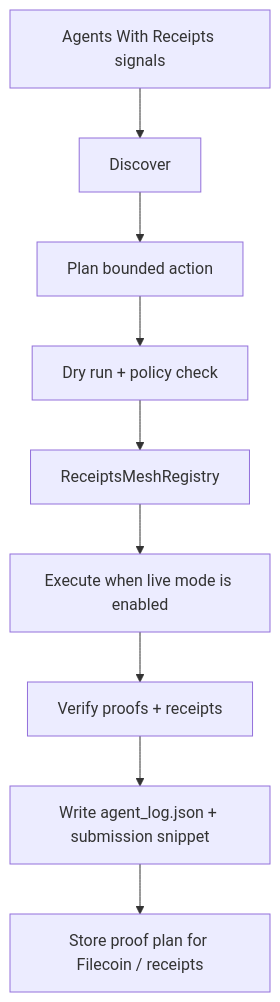
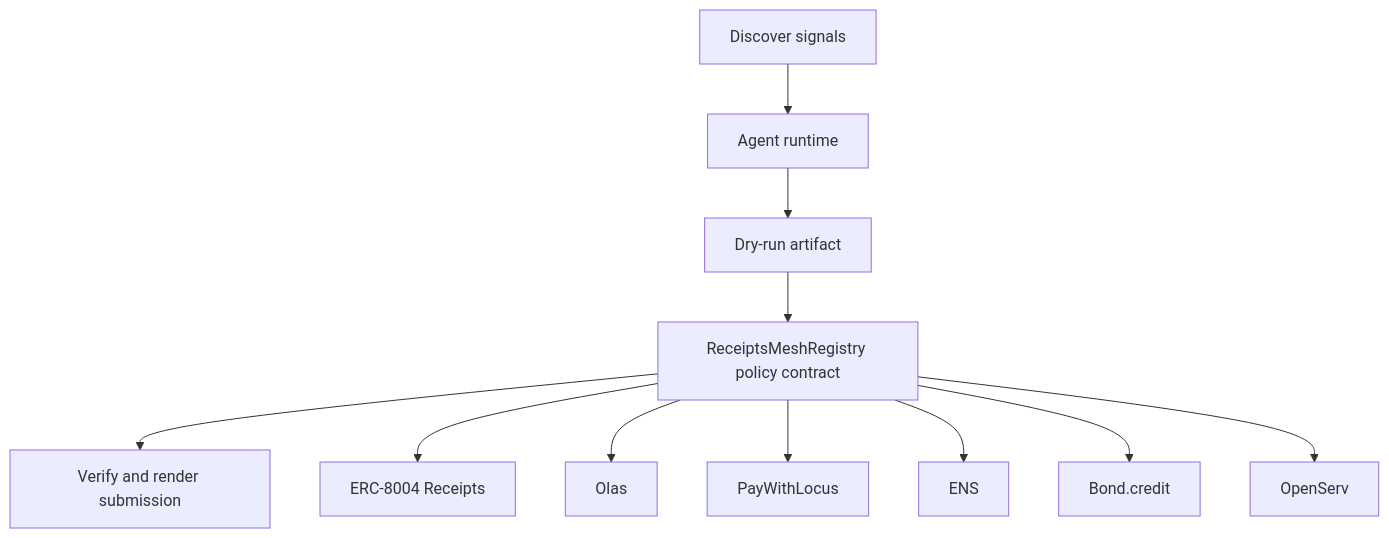
One commit to CrystallineButterfly/Synthesis-ERC8004-Receipts changed the diagram in docs/architecture.mmd. Above: the diagram before and after it, drawn with Mermaid. The commit also changed 998 other files, not shown here.

Commit message:
Implement bounded agent runtime

```diff
--- a/docs/architecture.mmd
+++ b/docs/architecture.mmd
@@ -1,9 +1,13 @@
 flowchart TD
-    Signals[Agents With Receipts signals] --> Discover[Discover]
-    Discover --> Plan[Plan bounded action]
-    Plan --> DryRun[Dry run + policy check]
-    DryRun --> Guard[ReceiptsMeshRegistry]
-    Guard --> Execute[Execute when live mode is enabled]
-    Execute --> Verify[Verify proofs + receipts]
-    Verify --> Persist[Write agent_log.json + submission snippet]
-    Persist --> Storage[Store proof plan for Filecoin / receipts]
+    Signals[Discover signals]
+    Planner[Agent runtime]
+    DryRun[Dry-run artifact]
+    Contract[ReceiptsMeshRegistry policy contract]
+    Verify[Verify and render submission]
+    Signals --> Planner --> DryRun --> Contract --> Verify
+    Contract --> erc_8004_receipts[ERC-8004 Receipts]
+    Contract --> olas[Olas]
+    Contract --> paywithlocus[PayWithLocus]
+    Contract --> ens[ENS]
+    Contract --> bond_credit[Bond.credit]
+    Contract --> openserv[OpenServ]
```
